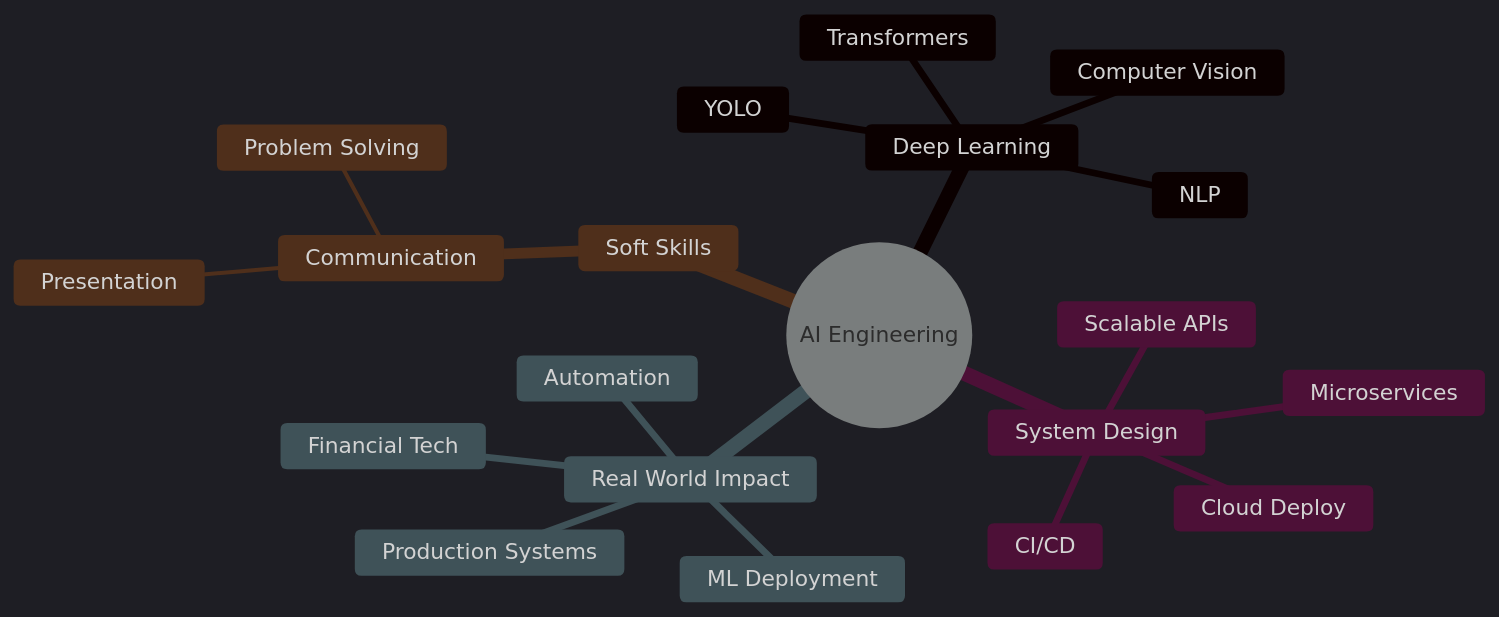
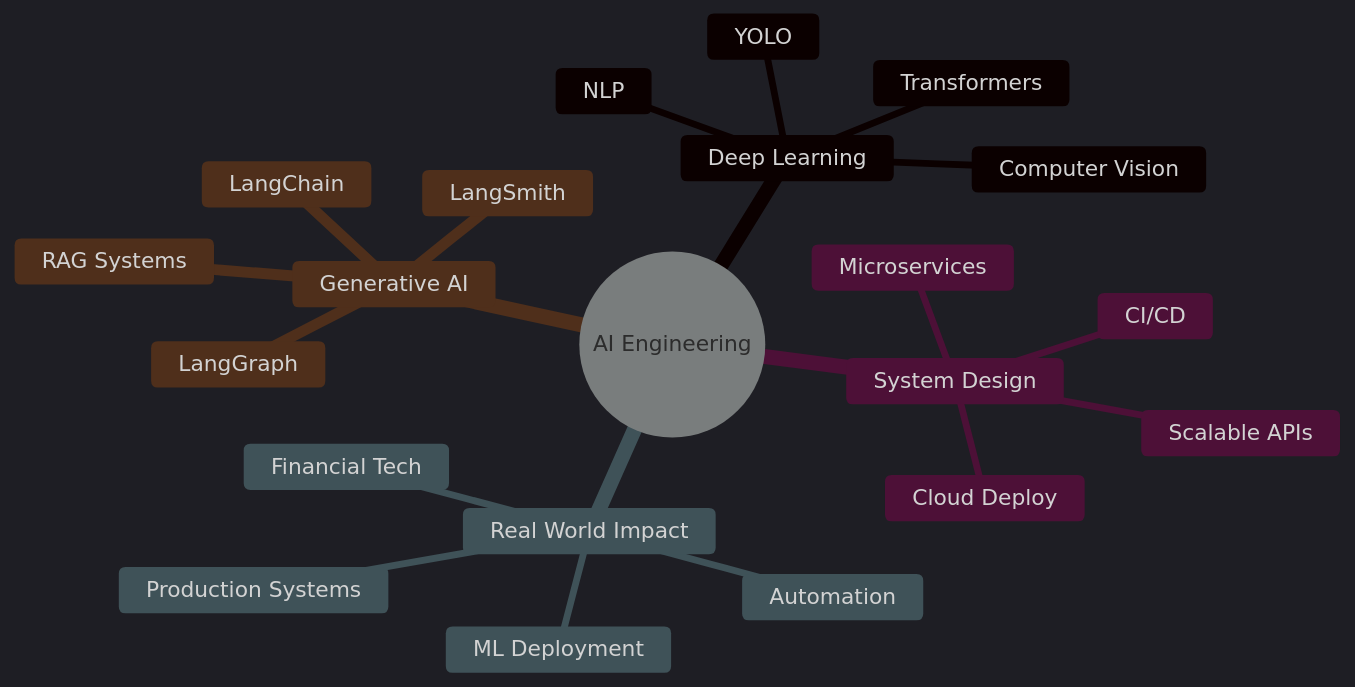
Before and after one commit to akshaykumar0034/akshaykumar0034: the diagram in README.md, drawn with Mermaid.

Commit message:
Update README with Generative AI topics
Added Generative AI section to mindmap in README.

````diff
--- a/README.md
+++ b/README.md
@@ -128,24 +128,26 @@
 ```mermaid
 %%{init: {'theme':'dark'}}%%
 mindmap
   root((AI Engineering))
+
     Deep Learning
       YOLO
       Computer Vision
       NLP
       Transformers
     System Design
       Scalable APIs
       Microservices
       Cloud Deploy
       CI/CD
     Real World Impact
       Financial Tech
       Automation
       Production Systems
       ML Deployment
-   Soft Skills
-       Communication
-        Presentation
-        Problem Solving
+   Generative AI
+      LangGraph
+      LangChain
+      LangSmith
+      RAG Systems
 ```
````
